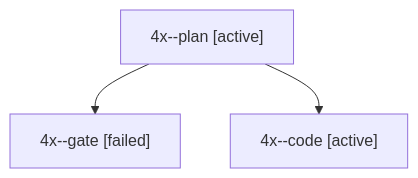
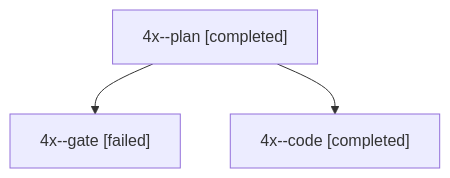
Before and after one commit to bobs-org/bob-cli--agents: the diagram in sessions/bbugyi200.apollo.4x.md, drawn with Mermaid. The commit also changed other lines of this file and 74 other files, not shown here.

````diff
--- a/sessions/bbugyi200.apollo.4x.md
+++ b/sessions/bbugyi200.apollo.4x.md
@@ -9,8 +9,8 @@
 ```mermaid
 flowchart TD
-  n0["4x--plan [active]"]
+  n0["4x--plan [completed]"]
   n1["4x--gate [failed]"]
   n0 --> n1
-  n2["4x--code [active]"]
+  n2["4x--code [completed]"]
   n0 --> n2
 ```
````
